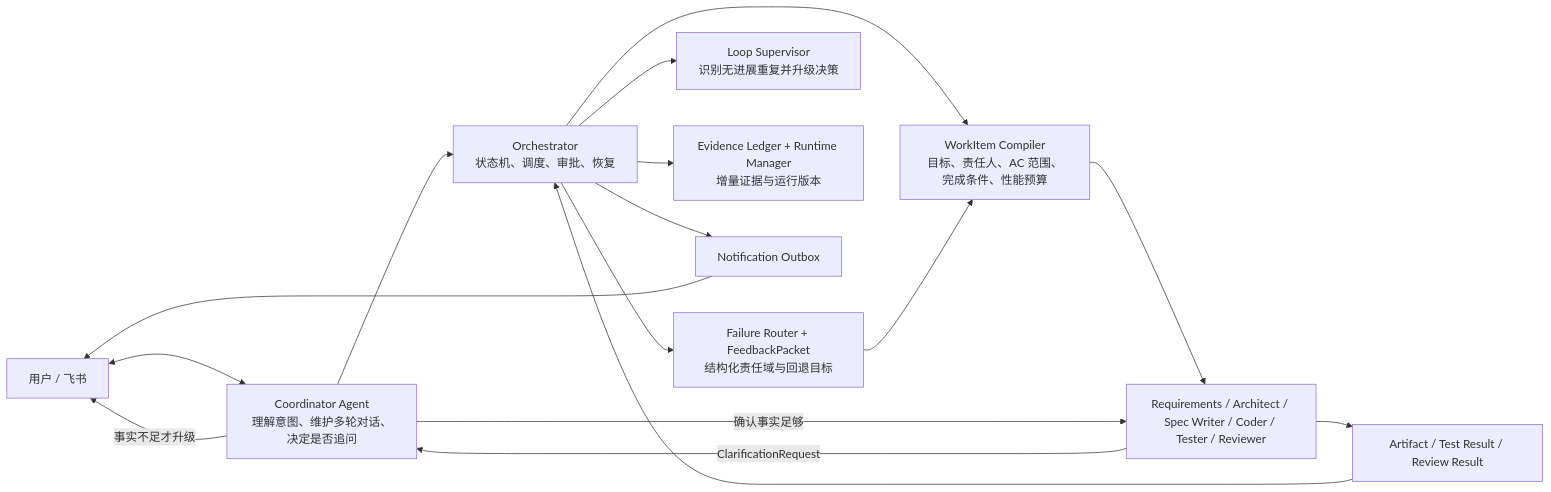
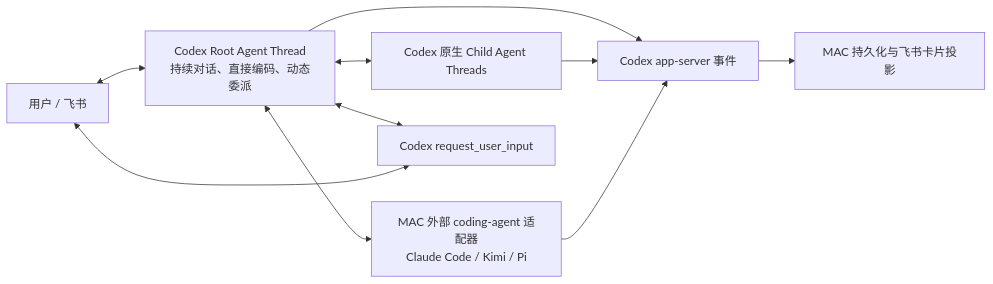
The diagram in docs/architecture.md (wq19901103wq/multi-agent-coding-system), drawn with Mermaid before and after one commit. The commit also changed other lines of this file and 149 other files, not shown here.

Commit message:
refactor: rebuild MAC around native Codex root threads

````diff
--- a/docs/architecture.md
+++ b/docs/architecture.md
@@ -9,18 +13,12 @@
 ```mermaid
 flowchart LR
-    U["用户 / 飞书"] <--> C["Coordinator Agent\n理解意图、维护多轮对话、决定是否追问"]
-    C --> O["Orchestrator\n状态机、调度、审批、恢复"]
-    O --> W["WorkItem Compiler\n目标、责任人、AC 范围、完成条件、性能预算"]
-    W --> A["Requirements / Architect / Spec Writer / Coder / Tester / Reviewer"]
-    A -->|"ClarificationRequest"| C
-    C -->|"确认事实足够"| A
-    C -->|"事实不足才升级"| U
-    A --> R["Artifact / Test Result / Review Result"]
-    R --> O
-    O --> F["Failure Router + FeedbackPacket\n结构化责任域与回退目标"]
-    F --> W
-    O --> L["Loop Supervisor\n识别无进展重复并升级决策"]
-    O --> E["Evidence Ledger + Runtime Manager\n增量证据与运行版本"]
-    O --> N["Notification Outbox"]
-    N --> U
+    U["用户 / 飞书"] <--> R["Codex Root Agent Thread\n持续对话、直接编码、动态委派"]
+    R <--> C["Codex 原生 Child Agent Threads"]
+    R <--> X["MAC 外部 coding-agent 适配器\nClaude Code / Kimi / Pi"]
+    R <--> Q["Codex request_user_input"]
+    Q <--> U
+    E["Codex app-server 事件"] --> P["MAC 持久化与飞书卡片投影"]
+    R --> E
+    C --> E
+    X --> E
 ```
````
